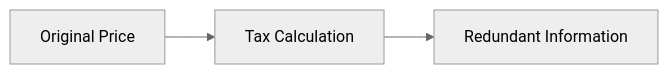
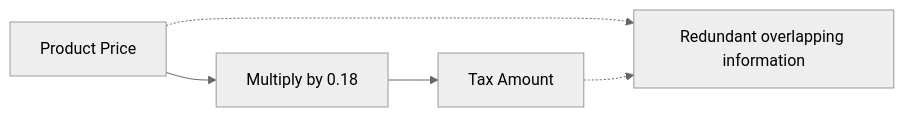
One commit to Balasubramanian-pg/MSC.-Data-Science-AI changed the second of 7 diagrams in Trimester 1/Data Preprocessing/W06 - Data Reduction/L1/6.4. Attribute Subset Selection.md. Above: the diagram before and after it, drawn with Mermaid (neutral theme). The commit also changed other lines of this file, not shown here.

````diff
--- a/Trimester 1/Data Preprocessing/W06 - Data Reduction/L1/6.4. Attribute Subset Selection.md
+++ b/Trimester 1/Data Preprocessing/W06 - Data Reduction/L1/6.4. Attribute Subset Selection.md
@@ -183,7 +113,8 @@
 ```mermaid
 flowchart LR
-    A[Original Price]
-    --> B[Tax Calculation]
-
-    B --> C[Redundant Information]
+    A[Product Price]
+    --> B[Multiply by 0.18]
+    B --> C[Tax Amount]
+    A -.-> D[Redundant overlapping information]
+    C -.-> D
 ```
````
